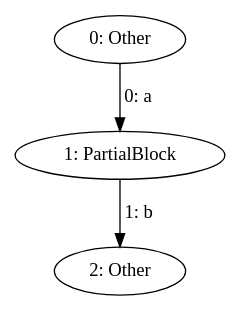
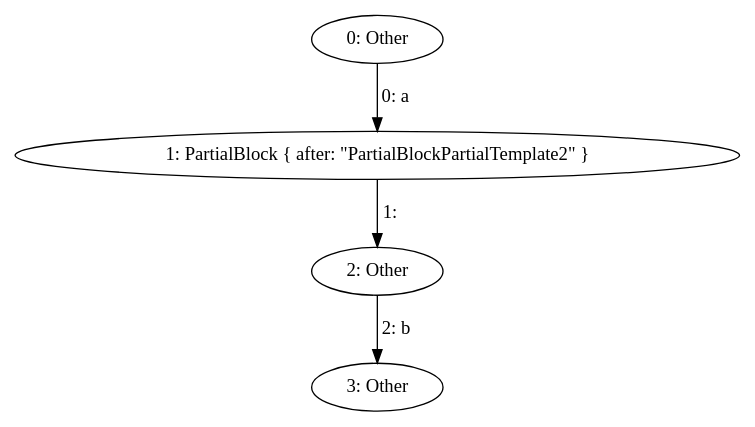
The diagram in partial_block_partial.dot (mohe2015/zero-cost-templating), drawn with Graphviz before and after one commit. The commit also changed 2 other files, not shown here.

```diff
--- a/partial_block_partial.dot
+++ b/partial_block_partial.dot
@@ -1,7 +1,9 @@
 digraph {
     0 [ label = "0: Other" ]
-    1 [ label = "1: PartialBlock" ]
+    1 [ label = "1: PartialBlock { after: \"PartialBlockPartialTemplate2\" }" ]
     2 [ label = "2: Other" ]
+    3 [ label = "3: Other" ]
     0 -> 1 [ label = "0: a" ]
-    1 -> 2 [ label = "1: b" ]
+    1 -> 2 [ label = "1: " ]
+    2 -> 3 [ label = "2: b" ]
 }
```
